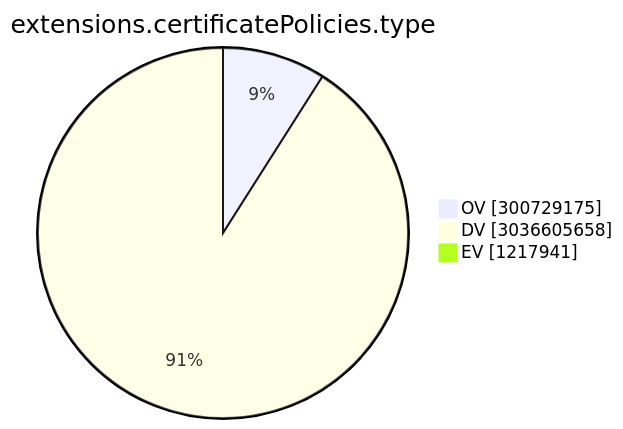
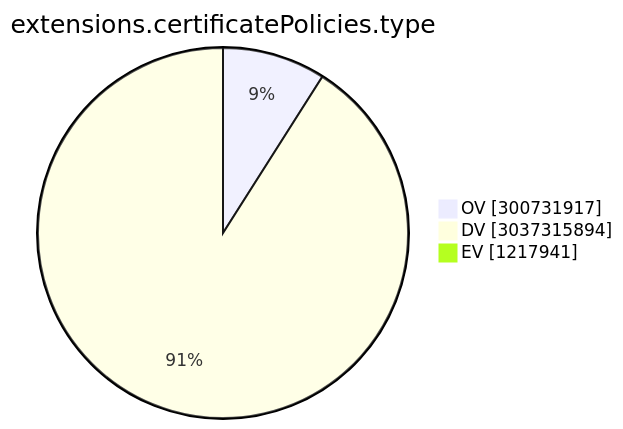
One commit to christiankrug/ctmonitor_visualization changed the ninth of 15 diagrams in TOTAL/README.md. Above: the diagram before and after it, drawn with Mermaid. The commit also changed other lines of this file, not shown here.

````diff
--- a/TOTAL/README.md
+++ b/TOTAL/README.md
@@ -3102,7 +3102,7 @@
 ```mermaid
 pie showData
 title extensions.certificatePolicies.type
-"OV" :300729175
-"DV" :3036605658
+"OV" :300731917
+"DV" :3037315894
 "EV" :1217941
 ```
````
